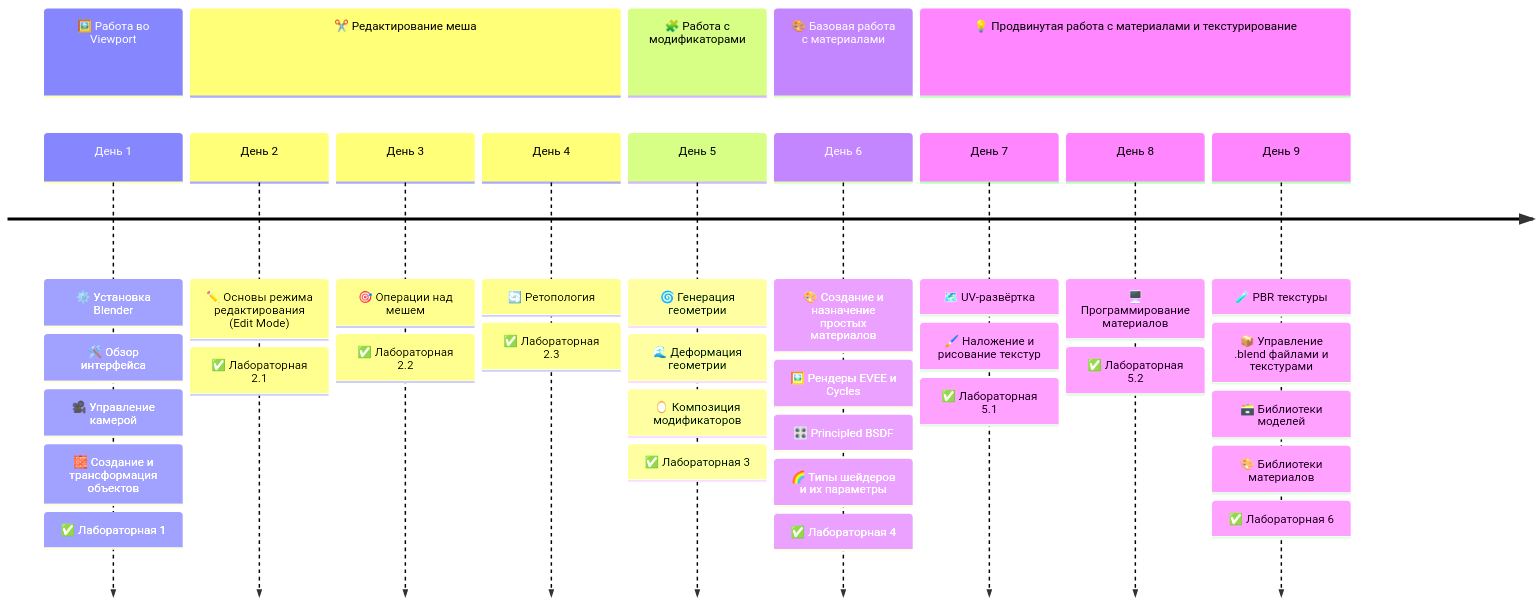
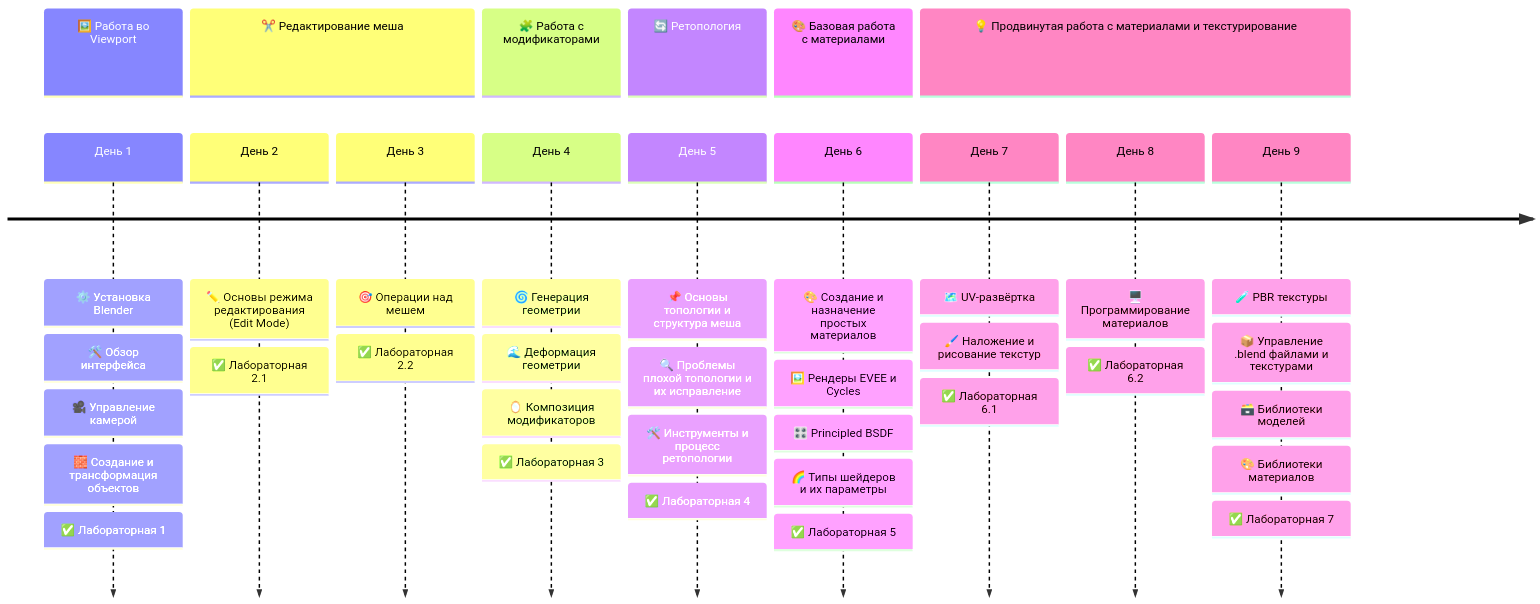
The first of 2 diagrams in README.md (mvodya/3d-course-blender-2025), drawn with Mermaid before and after one commit. The commit also changed other lines of this file, not shown here.

````diff
--- a/README.md
+++ b/README.md
@@ -71,43 +76,46 @@
 ```mermaid
 timeline
     section 🖼️ Работа во Viewport
         День 1 :
             ⚙️ Установка Blender : 🛠️ Обзор интерфейса : 🎥 Управление камерой : 🧱 Создание и трансформация объектов :
             ✅ Лабораторная 1
 
     section ✂️ Редактирование меша
         День 2 :
             ✏️ Основы режима редактирования (Edit Mode) :
             ✅ Лабораторная 2.1
         День 3 :
             🎯 Операции над мешем :
             ✅ Лабораторная 2.2
-        День 4 :
-            🔄 Ретопология :
-            ✅ Лабораторная 2.3
 
     section 🧩 Работа с модификаторами
-        День 5 :
+        День 4 :
             🌀 Генерация геометрии :
             🌊 Деформация геометрии : 🪞 Композиция модификаторов :
             ✅ Лабораторная 3
+
+    section 🔄 Ретопология
+        День 5 :
+            📌 Основы топологии и структура меша :
+            🔍 Проблемы плохой топологии и их исправление : 🛠️ Инструменты и процесс ретопологии :
+            ✅ Лабораторная 4
 
     section 🎨 Базовая работа с материалами
         День 6 :
             🎨 Создание и назначение простых материалов :
             🖼️ Рендеры EVEE и Cycles :
             🎛️ Principled BSDF :
             🌈 Типы шейдеров и их параметры :
-            ✅ Лабораторная 4
+            ✅ Лабораторная 5
 
     section 💡 Продвинутая работа с материалами и текстурирование
         День 7 :
             🗺️ UV-развёртка : 🖌️ Наложение и рисование текстур :
-            ✅ Лабораторная 5.1
+            ✅ Лабораторная 6.1
         День 8 :
             🖥️ Программирование материалов :
-            ✅ Лабораторная 5.2
+            ✅ Лабораторная 6.2
         День 9 :
             🧪 PBR текстуры : 📦 Управление .blend файлами и текстурами : 🗃️ Библиотеки моделей : 🎨 Библиотеки материалов :
-            ✅ Лабораторная 6
+            ✅ Лабораторная 7
 ```
````
